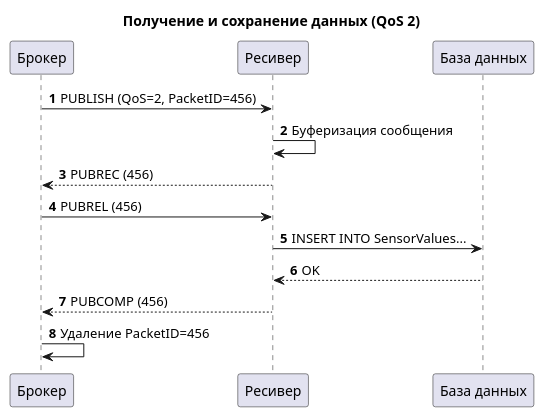
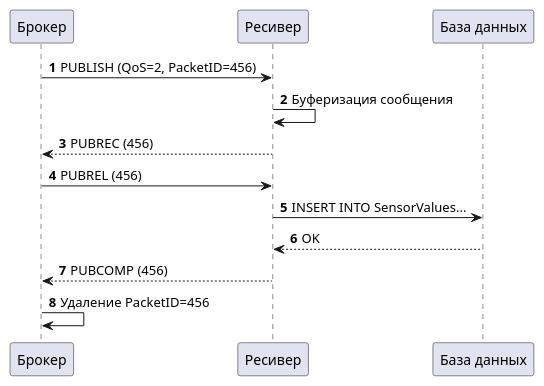
One commit to ijade/ModulesMonitor changed the diagram in uml/SequenceReceiver.puml. Above: the diagram before and after it, drawn with PlantUML. The commit also changed 29 other files, not shown here.

Commit message:
UI changes, added PlantUML diagrams

```diff
--- a/uml/SequenceReceiver.puml
+++ b/uml/SequenceReceiver.puml
@@ -1,17 +1,17 @@
 @startuml
-title Получение и сохранение данных (QoS 2)
+'title Получение и сохранение данных (QoS 2)
 participant "Брокер" as Broker
 participant "Ресивер" as Subscriber
 participant "База данных" as DB
 
 autonumber
 
 Broker -> Subscriber: PUBLISH (QoS=2, PacketID=456)
 Subscriber -> Subscriber: Буферизация сообщения
 Subscriber --> Broker: PUBREC (456)
 Broker -> Subscriber: PUBREL (456)
 Subscriber -> DB: INSERT INTO SensorValues...
 DB --> Subscriber: OK
 Subscriber --> Broker: PUBCOMP (456)
 Broker -> Broker: Удаление PacketID=456
 @enduml
```
